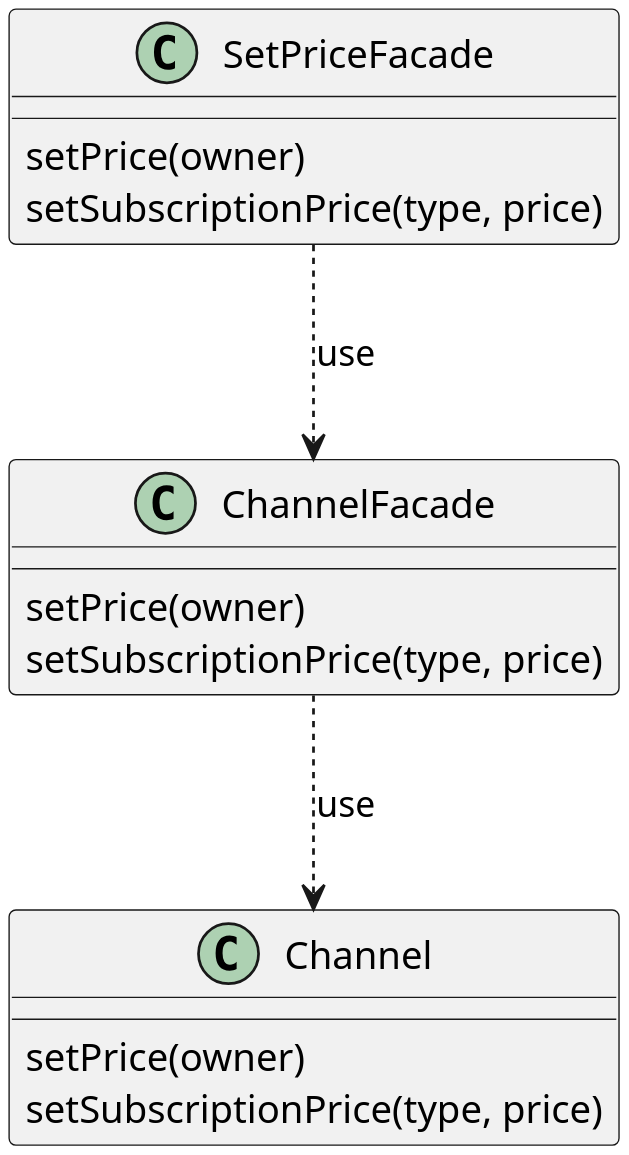
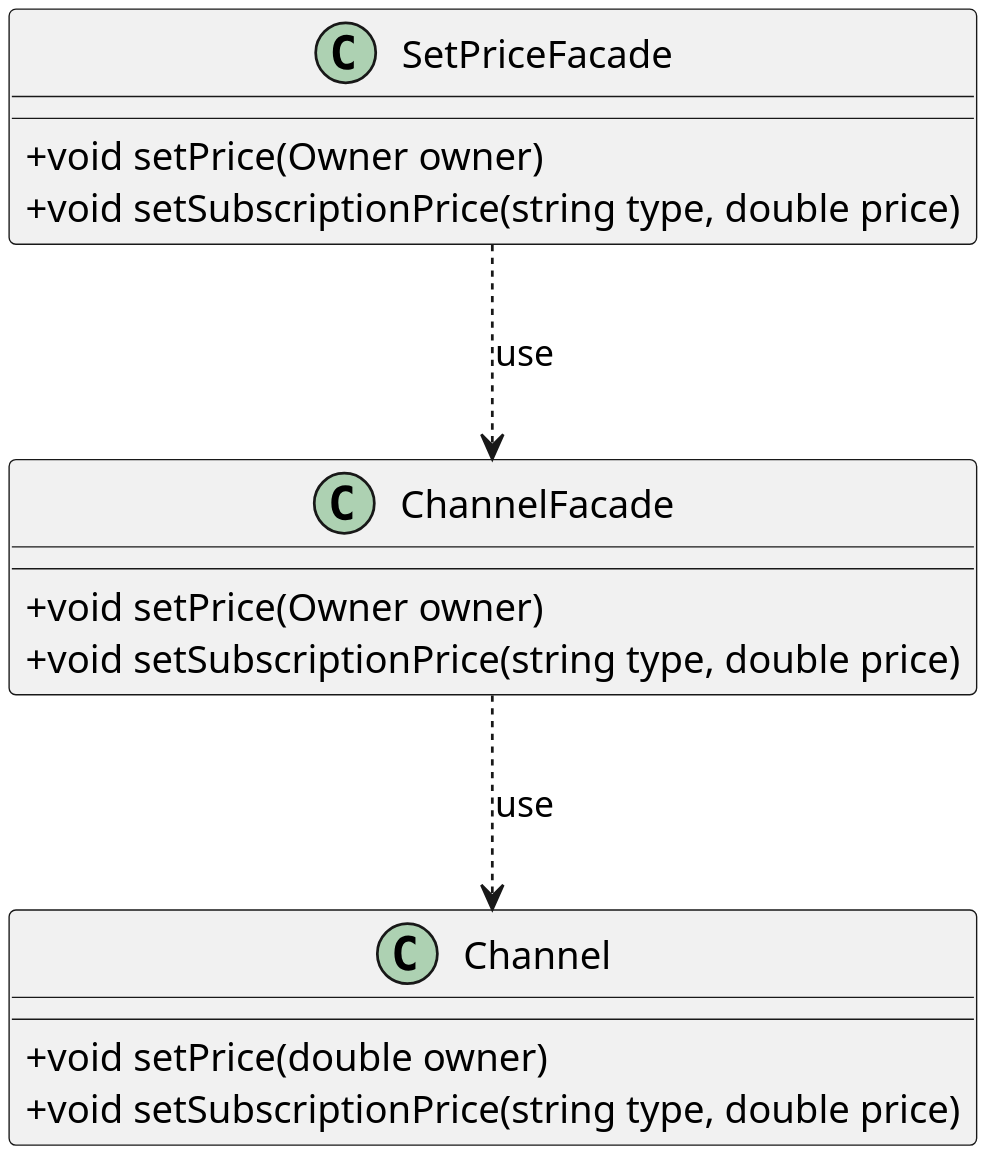
The diagram in Diagrams/Design Class/SetSubscriptionPrice.puml (soleyman79/Qasedak), drawn with PlantUML before and after one commit.

Commit message:
SetSubscriptoinPrive: add type and privacy

```diff
--- a/Diagrams/Design Class/SetSubscriptionPrice.puml
+++ b/Diagrams/Design Class/SetSubscriptionPrice.puml
@@ -1,27 +1,28 @@
 @startuml set_subscription_price
 
 
 scale 3
 skinparam DefaultFontName B Nazanin
 skinparam ArrowMessageAlignment right
+skinparam classAttributeIconSize 0
 
 class "Channel" as chanel {
-    setPrice(owner)
-    setSubscriptionPrice(type, price)
+    +void setPrice(double owner)
+    +void setSubscriptionPrice(string type, double price)
 }
 
 class SetPriceFacade {
-    setPrice(owner)
-    setSubscriptionPrice(type, price)
+    +void setPrice(Owner owner)
+    +void setSubscriptionPrice(string type, double price)
 }
 
 class ChannelFacade {
-    setPrice(owner)
-    setSubscriptionPrice(type, price)
+    +void setPrice(Owner owner)
+    +void setSubscriptionPrice(string type, double price)
 }
 
 ChannelFacade ..> chanel :use
 SetPriceFacade ..> ChannelFacade :use
 
 
 @enduml
```
